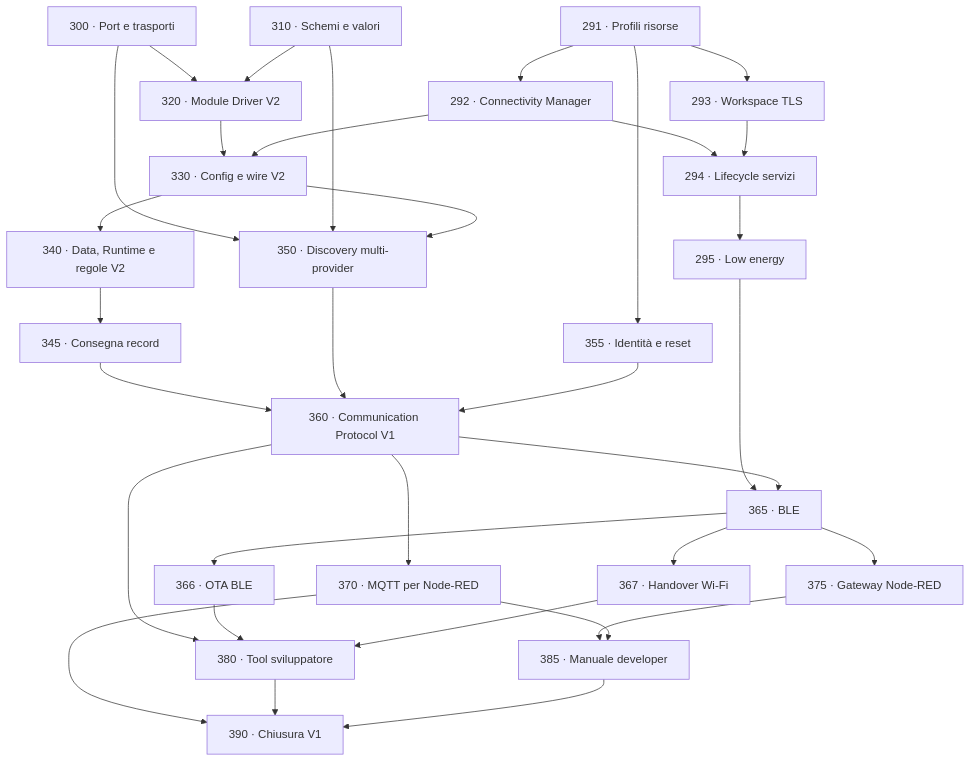
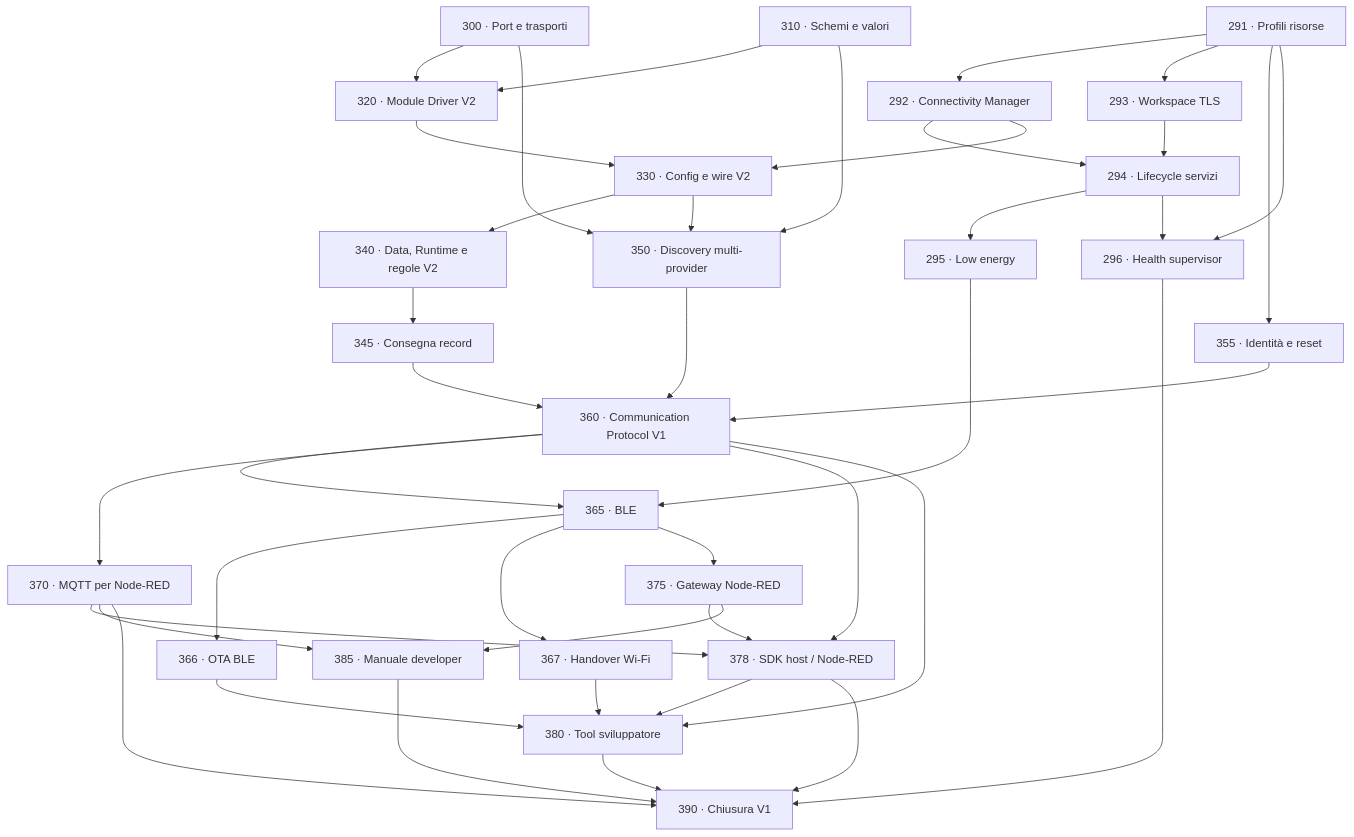
Before and after one commit to andreapiccini/SpaghettiLAB: the diagram in Firmware/core/roadmap/V1-PLATFORM-CLOSURE.md, drawn with Mermaid. The commit also changed other lines of this file and 14 other files, not shown here.

````diff
--- a/Firmware/core/roadmap/V1-PLATFORM-CLOSURE.md
+++ b/Firmware/core/roadmap/V1-PLATFORM-CLOSURE.md
@@ -73,35 +86,43 @@
 ```mermaid
 flowchart TD
     P291["291 · Profili risorse"] --> P292["292 · Connectivity Manager"]
     P291 --> P293["293 · Workspace TLS"]
     P291 --> P355["355 · Identità e reset"]
     P292 --> P294["294 · Lifecycle servizi"]
     P293 --> P294
     P294 --> P295["295 · Low energy"]
+    P291 --> P296["296 · Health supervisor"]
+    P294 --> P296
     P300["300 · Port e trasporti"] --> P320["320 · Module Driver V2"]
     P310["310 · Schemi e valori"] --> P320
     P320 --> P330["330 · Config e wire V2"]
     P292 --> P330
     P330 --> P340["340 · Data, Runtime e regole V2"]
     P340 --> P345["345 · Consegna record"]
     P300 --> P350["350 · Discovery multi-provider"]
     P310 --> P350
     P330 --> P350
     P345 --> P360["360 · Communication Protocol V1"]
     P350 --> P360
     P355 --> P360
     P295 --> P365
     P360 --> P365["365 · BLE"]
     P365 --> P366["366 · OTA BLE"]
     P365 --> P367["367 · Handover Wi-Fi"]
     P360 --> P370["370 · MQTT per Node-RED"]
     P365 --> P375["375 · Gateway Node-RED"]
+    P370 --> P378["378 · SDK host / Node-RED"]
+    P375 --> P378
+    P360 --> P378
     P360 --> P380["380 · Tool sviluppatore"]
+    P378 --> P380
     P366 --> P380
     P367 --> P380
     P375 --> P385["385 · Manuale developer"]
     P370 --> P385
     P370 --> P390["390 · Chiusura V1"]
     P380 --> P390
+    P296 --> P390
+    P378 --> P390
     P385 --> P390
 ```
````
